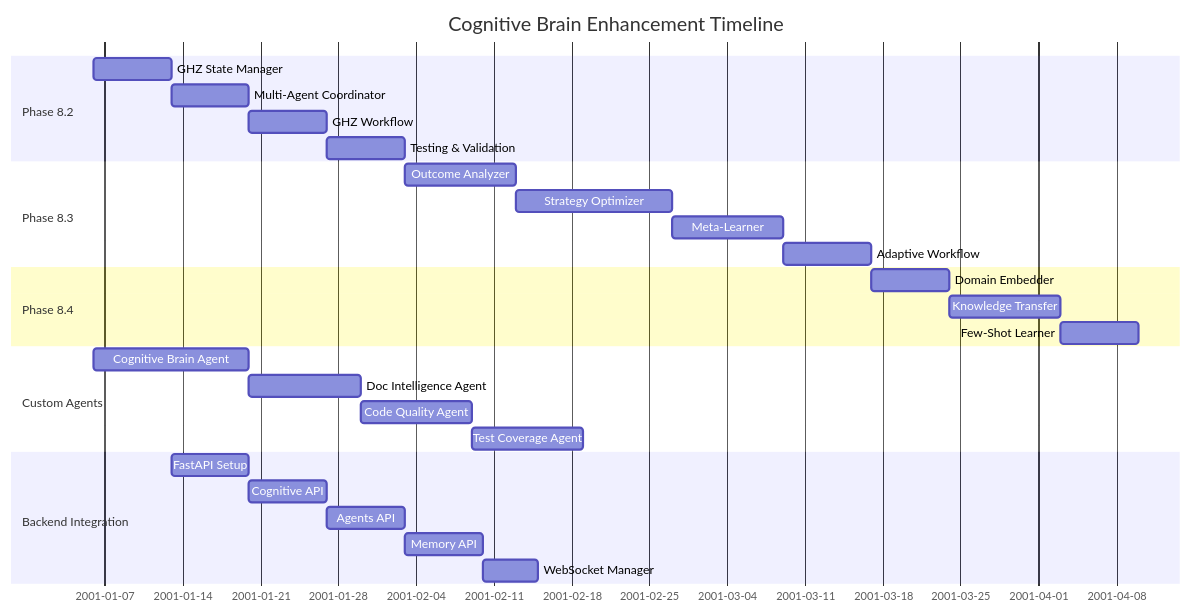
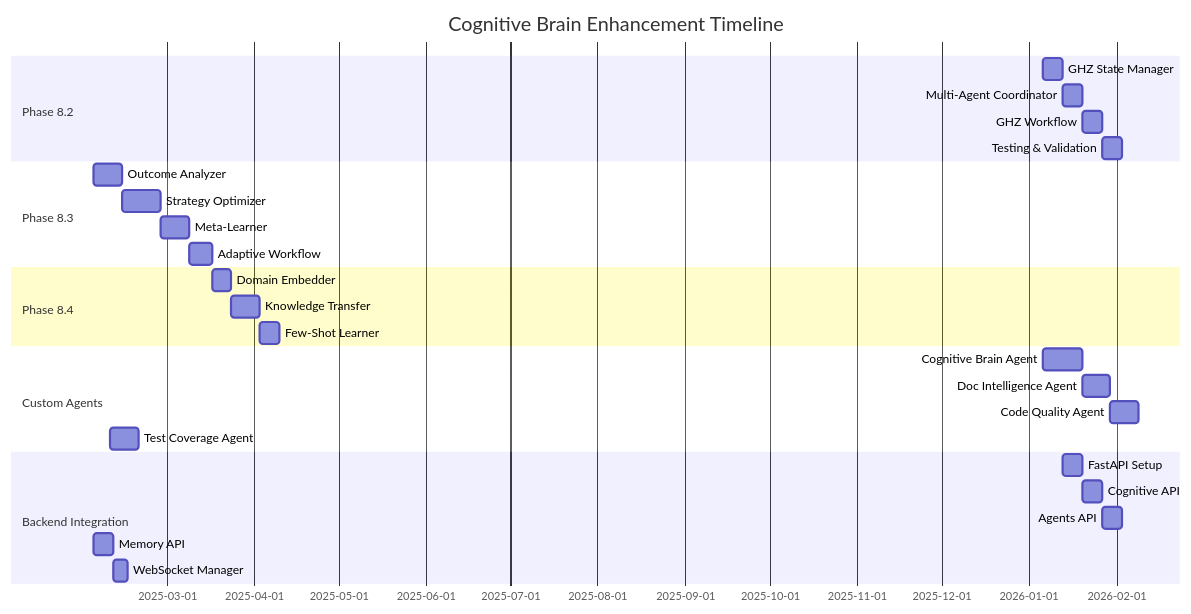
The third of 3 diagrams in .codex/plans/COGNITIVE_BRAIN_STATUS_V2.md (Aries-Serpent/_codex_), drawn with Mermaid before and after one commit. The commit also changed other lines of this file and 1112 other files, not shown here.

````diff
--- a/.codex/plans/COGNITIVE_BRAIN_STATUS_V2.md
+++ b/.codex/plans/COGNITIVE_BRAIN_STATUS_V2.md
@@ -385,34 +385,34 @@
 ```mermaid
 gantt
     title Cognitive Brain Enhancement Timeline
     dateFormat YYYY-MM-DD
     section Phase 8.2
-    GHZ State Manager           :Current Cycle-01-06, 7d
-    Multi-Agent Coordinator     :Current Cycle-01-13, 7d
-    GHZ Workflow                :Current Cycle-01-20, 7d
-    Testing & Validation        :Current Cycle-01-27, 7d
+    GHZ State Manager           :2026-01-06, 7d
+    Multi-Agent Coordinator     :2026-01-13, 7d
+    GHZ Workflow                :2026-01-20, 7d
+    Testing & Validation        :2026-01-27, 7d
     
     section Phase 8.3
-    Outcome Analyzer            :Current Cycle-02-03, 10d
-    Strategy Optimizer          :Current Cycle-02-13, 14d
-    Meta-Learner                :Current Cycle-02-27, 10d
-    Adaptive Workflow           :Current Cycle-03-09, 8d
+    Outcome Analyzer            :2025-02-03, 10d
+    Strategy Optimizer          :2025-02-13, 14d
+    Meta-Learner                :2025-02-27, 10d
+    Adaptive Workflow           :2025-03-09, 8d
     
     section Phase 8.4
-    Domain Embedder             :Current Cycle-03-17, 7d
-    Knowledge Transfer          :Current Cycle-03-24, 10d
-    Few-Shot Learner            :Current Cycle-04-03, 7d
+    Domain Embedder             :2025-03-17, 7d
+    Knowledge Transfer          :2025-03-24, 10d
+    Few-Shot Learner            :2025-04-03, 7d
     
     section Custom Agents
-    Cognitive Brain Agent       :Current Cycle-01-06, 14d
-    Doc Intelligence Agent      :Current Cycle-01-20, 10d
-    Code Quality Agent          :Current Cycle-01-30, 10d
-    Test Coverage Agent         :Current Cycle-02-09, 10d
+    Cognitive Brain Agent       :2026-01-06, 14d
+    Doc Intelligence Agent      :2026-01-20, 10d
+    Code Quality Agent          :2026-01-30, 10d
+    Test Coverage Agent         :2025-02-09, 10d
     
     section Backend Integration
-    FastAPI Setup               :Current Cycle-01-13, 7d
-    Cognitive API               :Current Cycle-01-20, 7d
-    Agents API                  :Current Cycle-01-27, 7d
-    Memory API                  :Current Cycle-02-03, 7d
-    WebSocket Manager           :Current Cycle-02-10, 5d
+    FastAPI Setup               :2026-01-13, 7d
+    Cognitive API               :2026-01-20, 7d
+    Agents API                  :2026-01-27, 7d
+    Memory API                  :2025-02-03, 7d
+    WebSocket Manager           :2025-02-10, 5d
 ```
````
